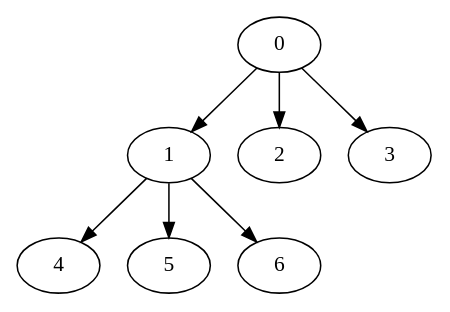
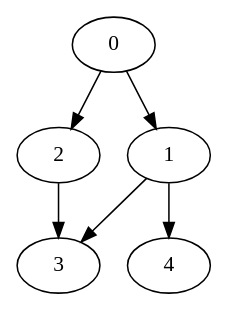
One commit to brianshchoi/se306_a01 changed the diagram in src/main/resources/app/Nodes_3_Simple.dot. Above: the diagram before and after it, drawn with Graphviz. The commit also changed 2 other files, not shown here.

```diff
--- a/src/main/resources/app/Nodes_3_Simple.dot
+++ b/src/main/resources/app/Nodes_3_Simple.dot
@@ -1,16 +1,12 @@
 digraph "OutTree-Balanced-MaxBf-3_Nodes_7_CCR_2.0_WeightType_Random" {
 	0	 [Weight=1];
 	1	 [Weight=1];
-	0 -> 1	 [Weight=11];
+	0 -> 1	 [Weight=1];
 	2	 [Weight=5];
-	0 -> 2	 [Weight=5];
+	0 -> 2	 [Weight=1];
 	3	 [Weight=6];
-	0 -> 3	 [Weight=8];
-	4    [Weight=1]
-	1 -> 4   [Weight=1]
-	5    [Weight=1];
-	1 -> 5   [Weight=1];
-	6    [Weight=1];
-	1 -> 6   [Weight=1];
-
+	2 -> 3	 [Weight=2];
+	1 -> 3	 [Weight=3];
+	4    [Weight=3]
+	1 -> 4   [Weight=4]
 }
```
